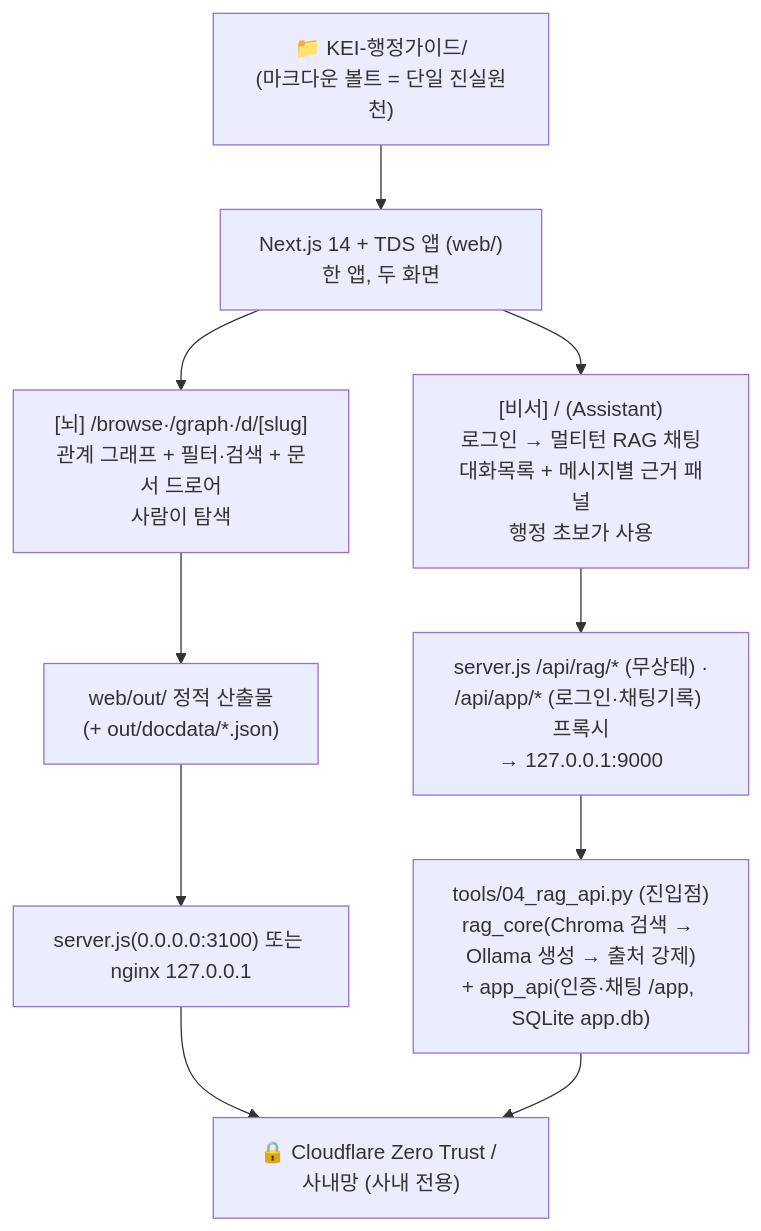
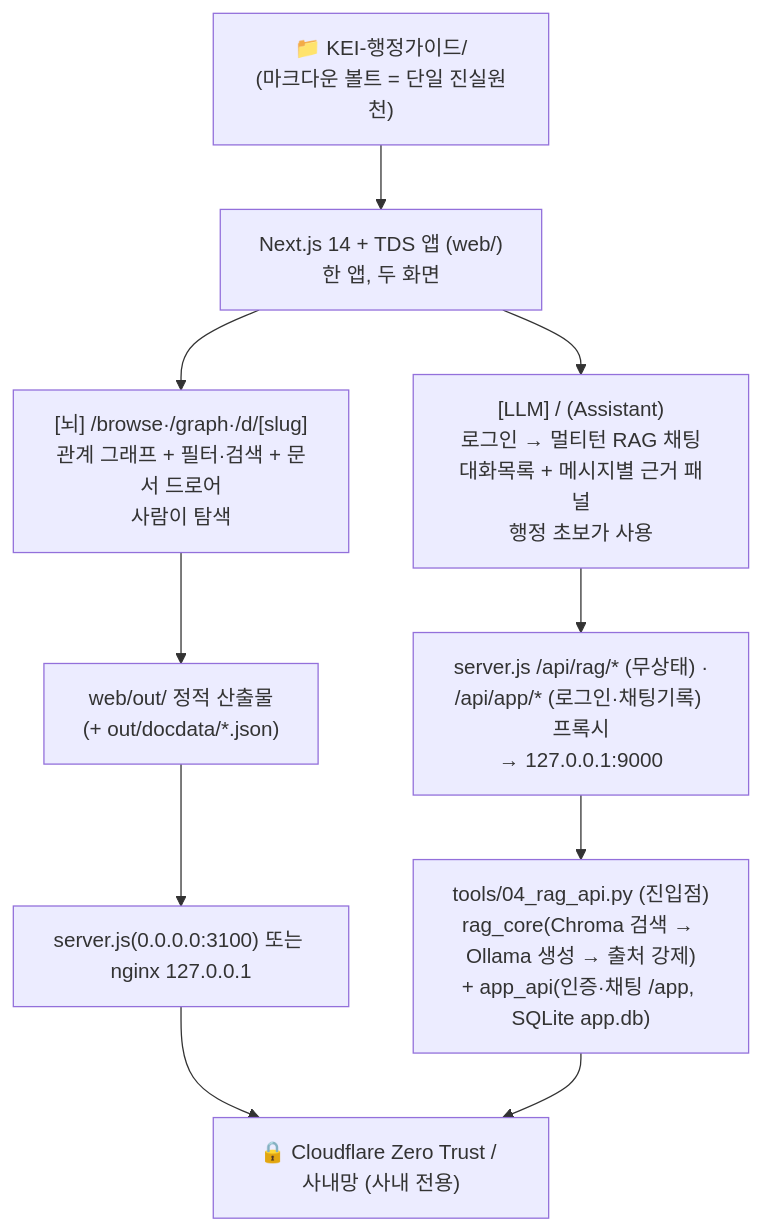
Before and after one commit to mooner92/KEIAdminSuperv: the first of 3 diagrams in README.md, drawn with Mermaid. The commit also changed other lines of this file and 91 other files, not shown here.

````diff
--- a/README.md
+++ b/README.md
@@ -35,17 +35,17 @@
 ```mermaid
 flowchart TD
     Vault["📁 KEI-행정가이드/<br/>(마크다운 볼트 = 단일 진실원천)"]
 
     Vault --> App["Next.js 14 + TDS 앱 (web/)<br/>한 앱, 두 화면"]
 
     App --> Brain["[뇌] /browse·/graph·/d/[slug]<br/>관계 그래프 + 필터·검색 + 문서 드로어<br/>사람이 탐색"]
-    App --> Assistant["[비서] / (Assistant)<br/>로그인 → 멀티턴 RAG 채팅<br/>대화목록 + 메시지별 근거 패널<br/>행정 초보가 사용"]
+    App --> Assistant["[LLM] / (Assistant)<br/>로그인 → 멀티턴 RAG 채팅<br/>대화목록 + 메시지별 근거 패널<br/>행정 초보가 사용"]
 
     Brain --> Static["web/out/ 정적 산출물<br/>(+ out/docdata/*.json)"]
     Assistant --> Proxy["server.js /api/rag/* (무상태) ·<br/>/api/app/* (로그인·채팅기록) 프록시<br/>→ 127.0.0.1:9000"]
     Proxy --> RAG["tools/04_rag_api.py (진입점)<br/>rag_core(Chroma 검색 → Ollama 생성 → 출처 강제)<br/>+ app_api(인증·채팅 /app, SQLite app.db)"]
 
     Static --> Serve["server.js(0.0.0.0:3100) 또는 nginx 127.0.0.1"]
     Serve --> ZT["🔒 Cloudflare Zero Trust / 사내망 (사내 전용)"]
     RAG --> ZT
 ```
````
